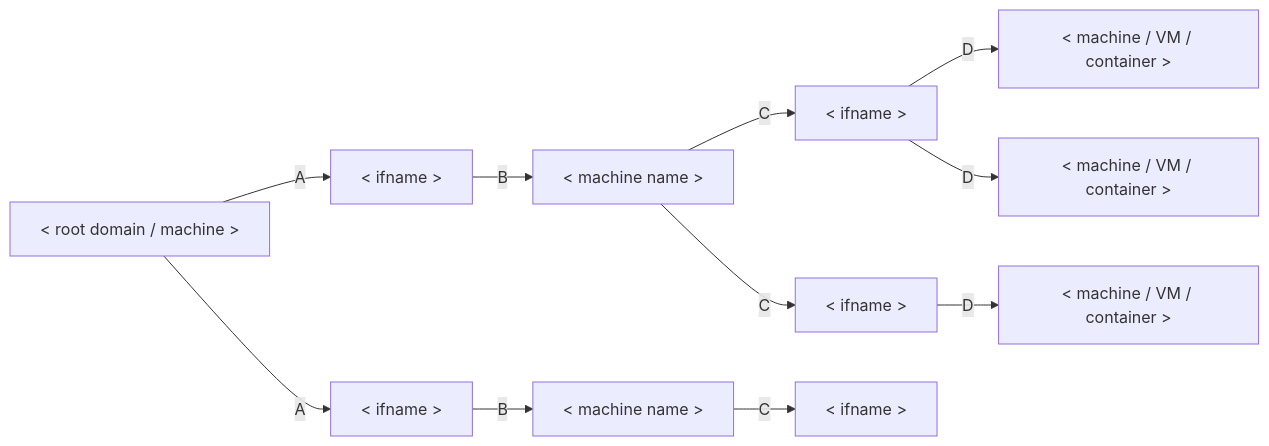
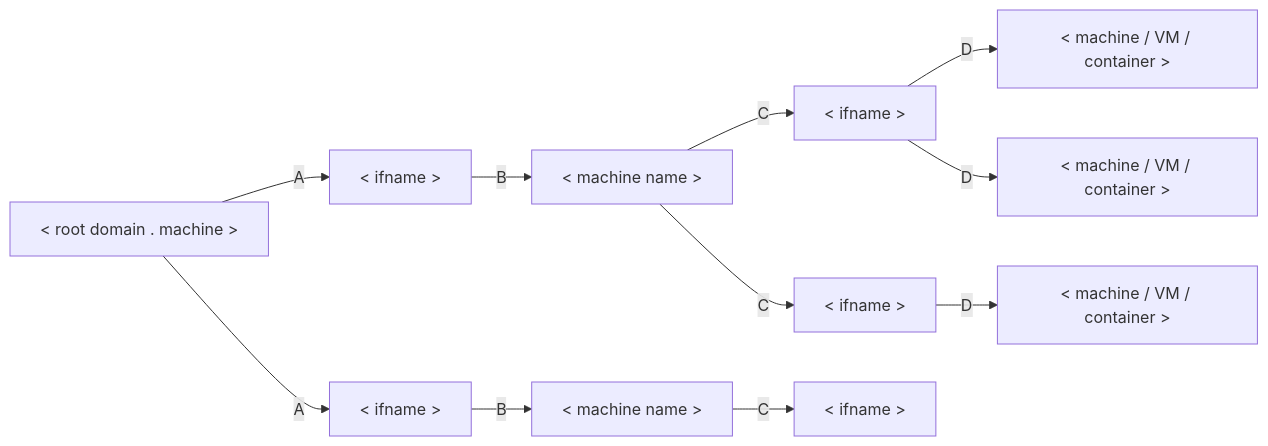
One commit to ms-jpq/lab changed the seventh of 9 diagrams in doc/README.md. Above: the diagram before and after it, drawn with Mermaid. The commit also changed other lines of this file and 3 other files, not shown here.

````diff
--- a/doc/README.md
+++ b/doc/README.md
@@ -599,13 +690,13 @@
 ```mermaid
 flowchart LR
-  machine1["< root domain / machine >"] -- A --> interface1["< ifname >"]
+  machine1["< root domain . machine >"] -- A --> interface1["< ifname >"]
   machine1 -- A --> interface2["< ifname >"]
   interface1 -- B --> machine2["< machine name >"]
   machine2 -- C --> interface3["< ifname >"]
   machine2 -- C --> interface4["< ifname >"]
   interface3 -- D --> host1["< machine / VM / container >"]
   interface3 -- D --> host2["< machine / VM / container >"]
   interface4 -- D --> host3["< machine / VM / container >"]
   interface2 -- B --> machine3["< machine name >"]
   machine3 -- C --> interface5["< ifname >"]
 ```
````
